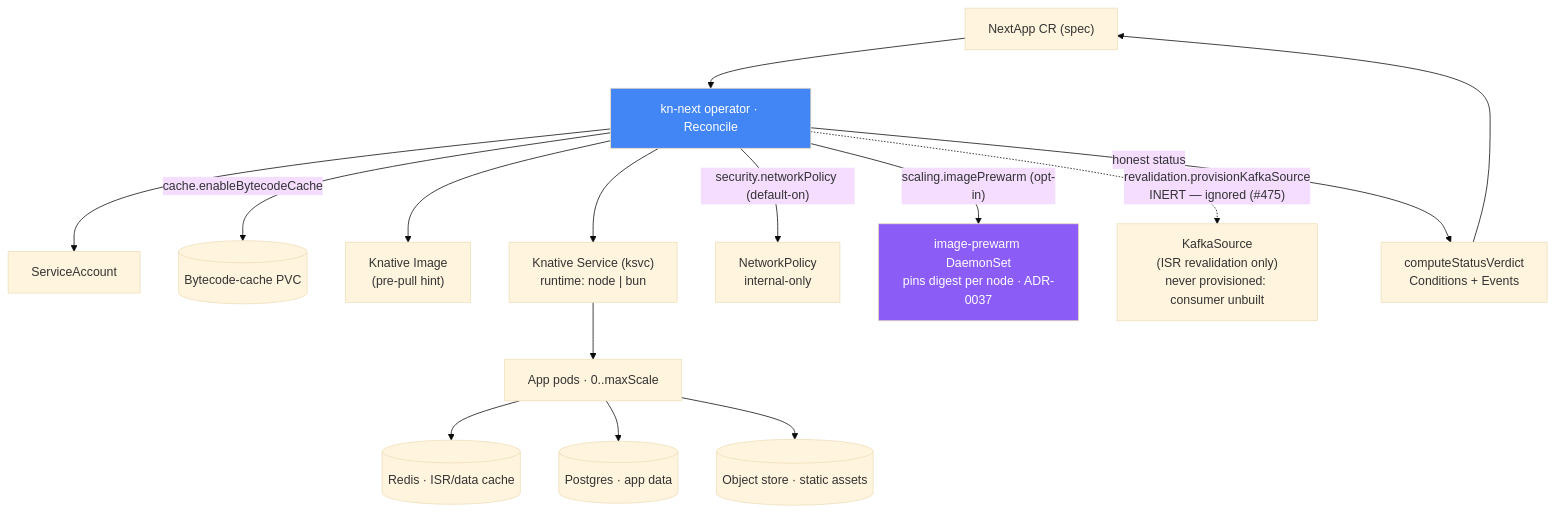
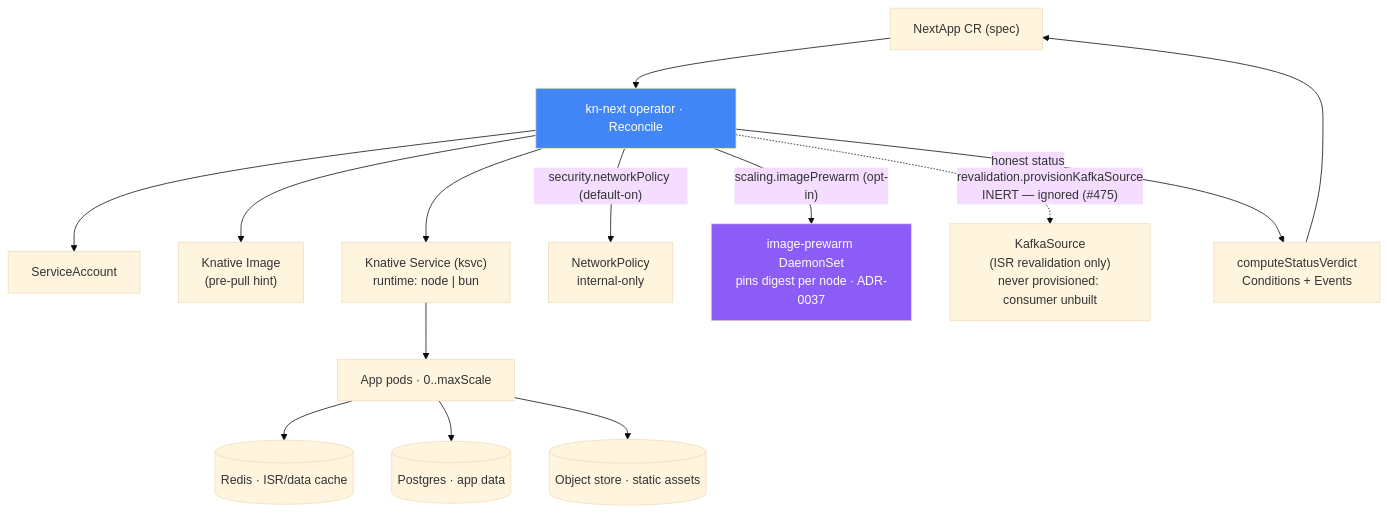
The fifth of 8 diagrams in docs/ARCHITECTURE.md (getknext-dev/knext), drawn with Mermaid (base theme) before and after one commit. The commit also changed other lines of this file and 15 other files, not shown here.

````diff
--- a/docs/ARCHITECTURE.md
+++ b/docs/ARCHITECTURE.md
@@ -175,20 +175,19 @@
 ```mermaid
 flowchart TB
     cr["NextApp CR (spec)"] --> op["kn-next operator · Reconcile"]
     op --> sa["ServiceAccount"]
-    op -->|"cache.enableBytecodeCache"| pvc[("Bytecode-cache PVC")]
     op --> kimg["Knative Image<br/>(pre-pull hint)"]
     op --> ksvc["Knative Service (ksvc)<br/>runtime: node | bun"]
     op -->|"security.networkPolicy (default-on)"| np["NetworkPolicy<br/>internal-only"]
     op -->|"scaling.imagePrewarm (opt-in)"| ds["image-prewarm DaemonSet<br/>pins digest per node · ADR-0037"]
     op -.->|"revalidation.provisionKafkaSource<br/>INERT — ignored (#475)"| ksrc["KafkaSource<br/>(ISR revalidation only)<br/>never provisioned: consumer unbuilt"]
     op -->|"honest status"| verdict["computeStatusVerdict<br/>Conditions + Events"]
     verdict --> cr
     ksvc --> pods["App pods · 0..maxScale"]
     pods --> redis[("Redis · ISR/data cache")]
     pods --> pg[("Postgres · app data")]
     pods --> obj[("Object store · static assets")]
 
     style op fill:#4285f4,color:#fff
     style ds fill:#8b5cf6,color:#fff
 ```
````
